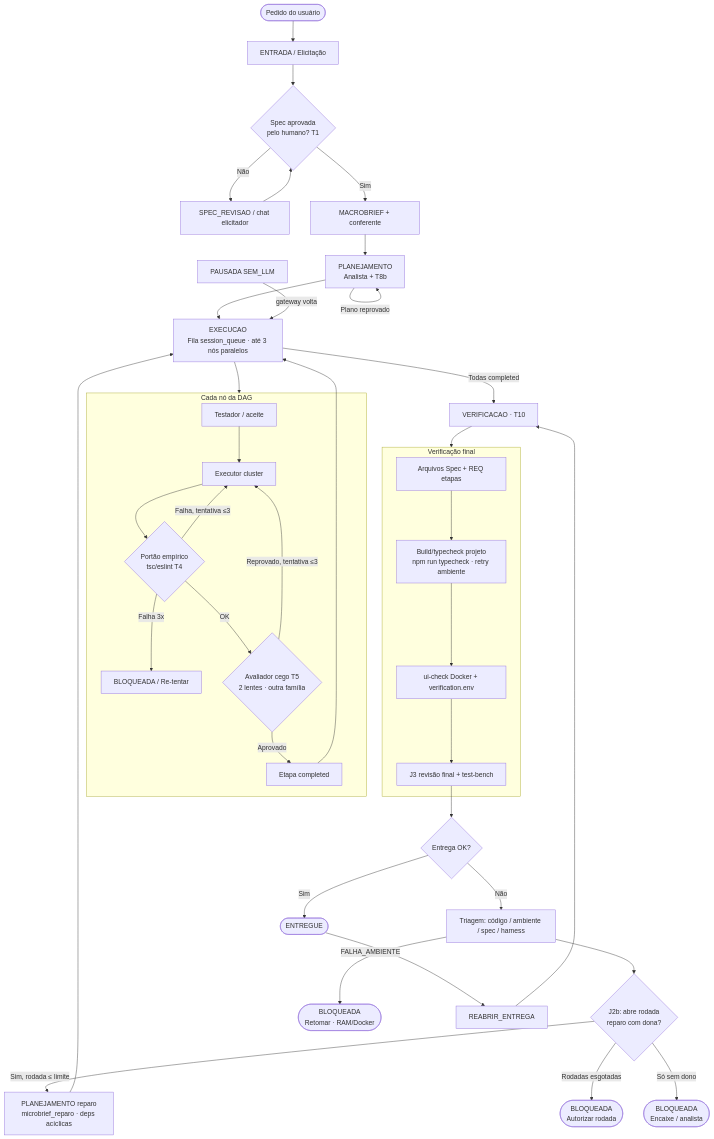
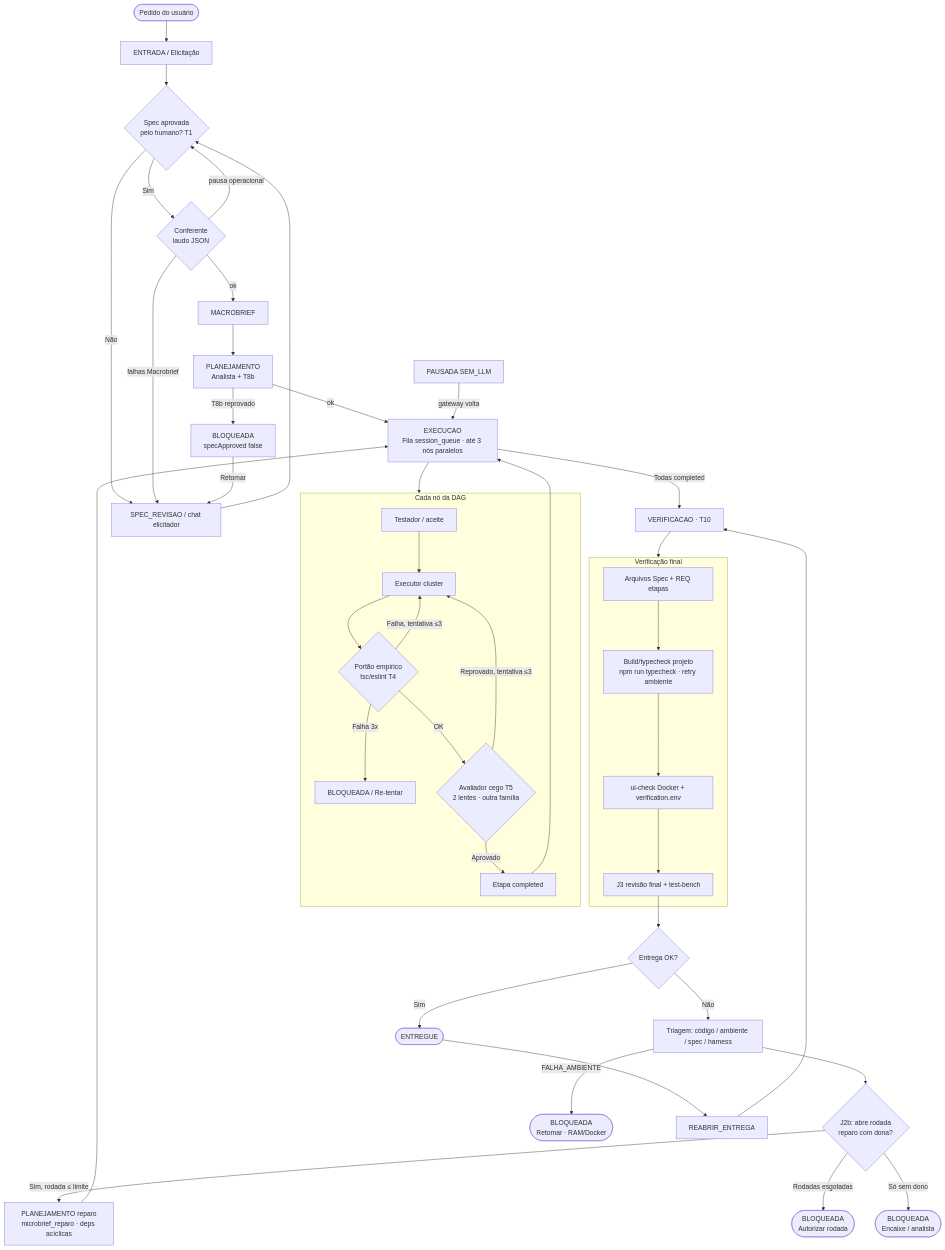
Before and after one commit to ortizpedroso/nextcode: the diagram in docs/NEXTCODE-REFERENCIA.md, drawn with Mermaid. The commit also changed other lines of this file and 21 other files, not shown here.

````diff
--- a/docs/NEXTCODE-REFERENCIA.md
+++ b/docs/NEXTCODE-REFERENCIA.md
@@ -425,49 +551,53 @@
 ```mermaid
 flowchart TD
     Start([Pedido do usuário]) --> Entrada[ENTRADA / Elicitação]
     Entrada --> SpecOk{Spec aprovada<br/>pelo humano? T1}
     SpecOk -- Não --> SpecRev[SPEC_REVISAO / chat elicitador]
     SpecRev --> SpecOk
 
-    SpecOk -- Sim --> Macro[MACROBRIEF + conferente]
+    SpecOk -- Sim --> ConfGate{Conferente<br/>laudo JSON}
+    ConfGate -->|pausa operacional| SpecOk
+    ConfGate -->|falhas Macrobrief| SpecRev
+    ConfGate -->|ok| Macro[MACROBRIEF]
     Macro --> Plan[PLANEJAMENTO<br/>Analista + T8b]
-    Plan -->|Plano reprovado| Plan
-    Plan --> Exec[EXECUCAO<br/>Fila session_queue · até 3 nós paralelos]
+    Plan -->|T8b reprovado| BloqPlan[BLOQUEADA<br/>specApproved false]
+    BloqPlan -->|Retomar| SpecRev
+    Plan -->|ok| Exec[EXECUCAO<br/>Fila session_queue · até 3 nós paralelos]
 
     subgraph Etapa [Cada nó da DAG]
         Testador[Testador / aceite] --> Executor[Executor cluster]
         Executor --> Autoteste{Portão empírico<br/>tsc/eslint T4}
         Autoteste -- Falha, tentativa ≤3 --> Executor
         Autoteste -- Falha 3x --> BloqEtapa[BLOQUEADA / Re-tentar]
         Autoteste -- OK --> Avaliador{Avaliador cego T5<br/>2 lentes · outra família}
         Avaliador -- Reprovado, tentativa ≤3 --> Executor
         Avaliador -- Aprovado --> DoneNode[Etapa completed]
     end
 
     Exec --> Etapa
     DoneNode --> Exec
     Exec -->|Todas completed| Verif[VERIFICACAO · T10]
 
     subgraph T10 [Verificação final]
         V1[Arquivos Spec + REQ etapas]
         V2[Build/typecheck projeto<br/>npm run typecheck · retry ambiente]
         V3[ui-check Docker + verification.env]
         V4[J3 revisão final + test-bench]
         V1 --> V2 --> V3 --> V4
     end
 
     Verif --> T10
     V4 --> Decisao{Entrega OK?}
 
     Decisao -- Sim --> Entregue([ENTREGUE])
     Decisao -- Não --> Triagem[Triagem: código / ambiente / spec / harness]
     Triagem --> Reparo{J2b: abre rodada<br/>reparo com dona?}
     Reparo -- Sim, rodada ≤ limite --> PlanRepair[PLANEJAMENTO reparo<br/>microbrief_reparo · deps acíclicas]
     PlanRepair --> Exec
     Reparo -- Rodadas esgotadas --> HumanR([BLOQUEADA<br/>Autorizar rodada])
     Reparo -- Só sem dono --> HumanE([BLOQUEADA<br/>Encaixe / analista])
     Triagem -->|FALHA_AMBIENTE| HumanA([BLOQUEADA<br/>Retomar · RAM/Docker])
 
     Entregue --> Reabrir[REABRIR_ENTREGA] --> Verif
     PAUSADA[PAUSADA SEM_LLM] -->|gateway volta| Exec
 ```
````
